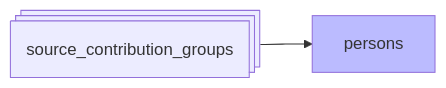
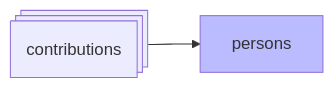
One commit to Y33sha/bibliometrie-uca changed the diagram in docs/pipeline/08-persons.md. Above: the diagram before and after it, drawn with Mermaid. The commit also changed other lines of this file and 83 other files, not shown here.

First line of the commit message:
refactor(persons): groupes renommés en contributions dans le schéma

````diff
--- a/docs/pipeline/08-persons.md
+++ b/docs/pipeline/08-persons.md
@@ -5,6 +5,6 @@
 ```mermaid
 flowchart LR
-    A@{ shape: procs, label: "source_contribution_groups"}-->B[persons]
+    A@{ shape: procs, label: "contributions"}-->B[persons]
     classDef new  fill:#bbf
     class B new;
 ```
````
